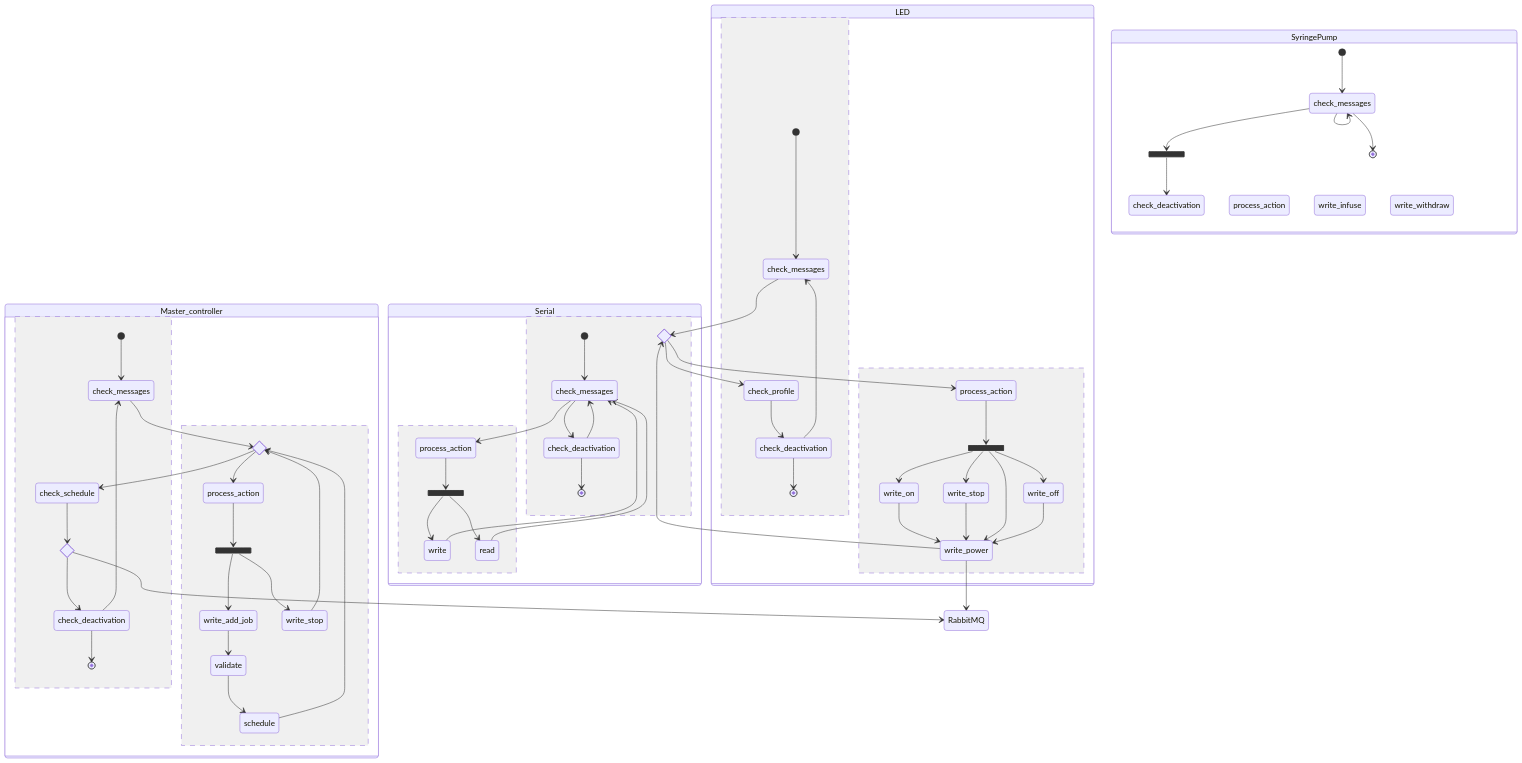
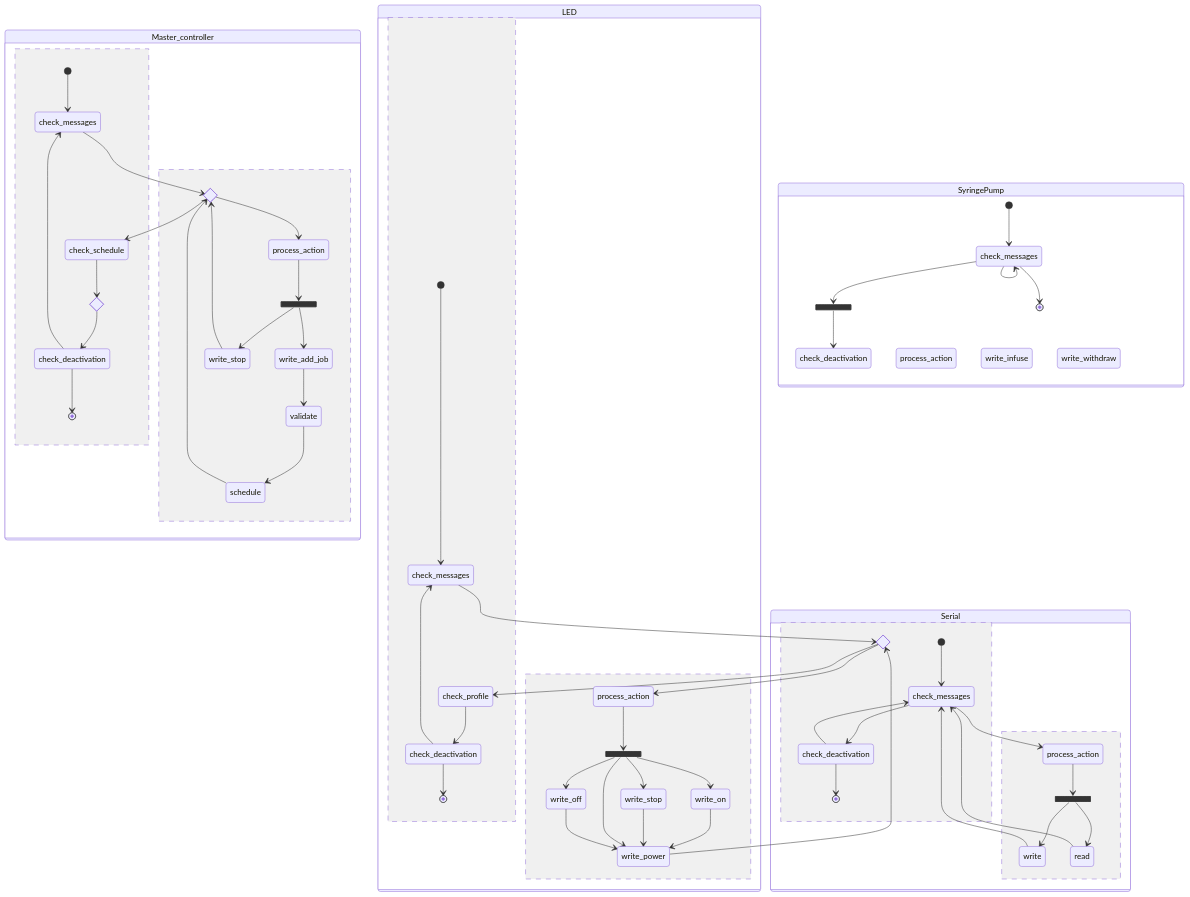
Before and after one commit to dylanwal/ChemBot: the fifth of 6 diagrams in runs/simple_setup/README.md, drawn with Mermaid. The commit also changed other lines of this file and 5 other files, not shown here.

Commit message:
update diagrams

````diff
--- a/runs/simple_setup/README.md
+++ b/runs/simple_setup/README.md
@@ -409,7 +417,6 @@
     }
 
 
-    if_event --> RabbitMQ
-    8 --> RabbitMQ
+ 
 
 ```
````
